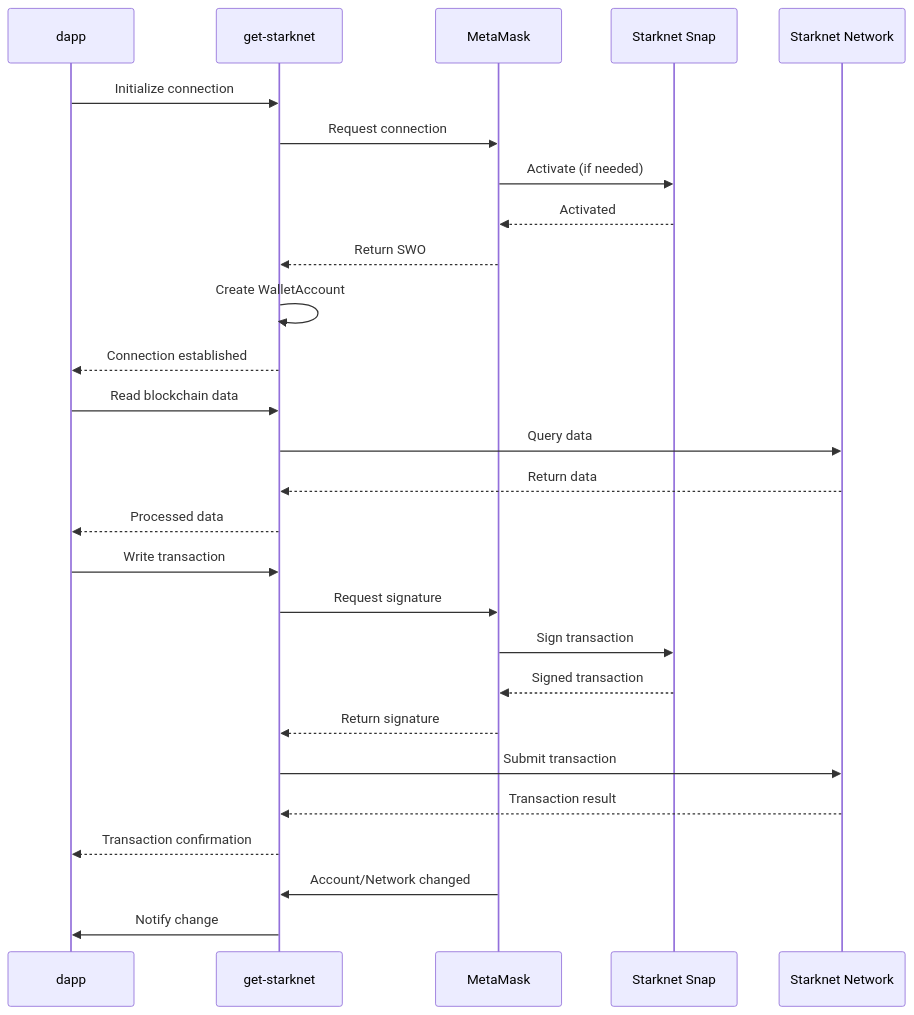
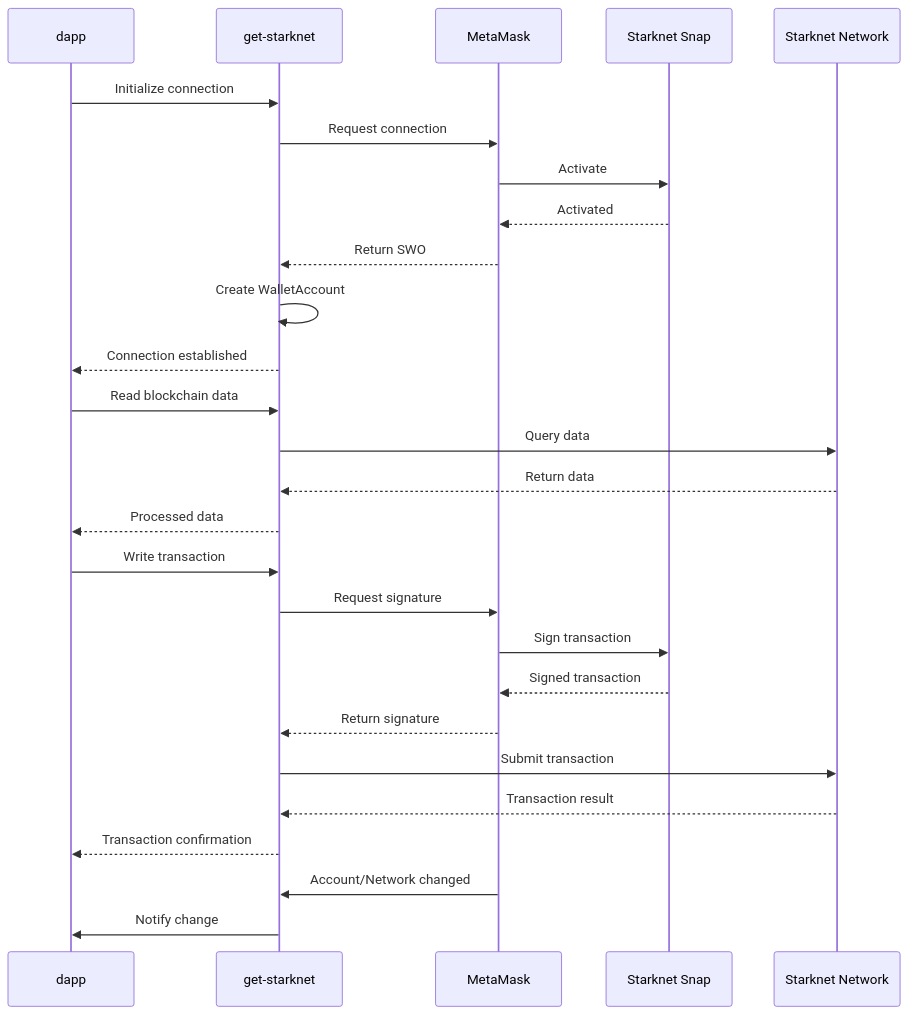
The diagram in wallet/how-to/use-non-evm-networks/starknet/index.md (MetaMask/metamask-docs), drawn with Mermaid before and after one commit. The commit also changed other lines of this file and 5 other files, not shown here.

````diff
--- a/wallet/how-to/use-non-evm-networks/starknet/index.md
+++ b/wallet/how-to/use-non-evm-networks/starknet/index.md
@@ -58,29 +57,33 @@
 ```mermaid
 sequenceDiagram
     participant dapp as dapp
     participant get as get-starknet
     participant mm as MetaMask
     participant Snap as Starknet Snap
     participant network as Starknet Network
+    
     dapp->>get: Initialize connection
     get->>mm: Request connection
-    mm->>Snap: Activate (if needed)
+    mm->>Snap: Activate
     Snap-->>mm: Activated
     mm-->>get: Return SWO
     get->>get: Create WalletAccount
     get-->>dapp: Connection established
+    
     dapp->>get: Read blockchain data
     get->>network: Query data
     network-->>get: Return data
     get-->>dapp: Processed data
+    
     dapp->>get: Write transaction
     get->>mm: Request signature
     mm->>Snap: Sign transaction
     Snap-->>mm: Signed transaction
     mm-->>get: Return signature
     get->>network: Submit transaction
     network-->>get: Transaction result
     get-->>dapp: Transaction confirmation
+    
     mm->>get: Account/Network changed
     get->>dapp: Notify change
 ```
````
